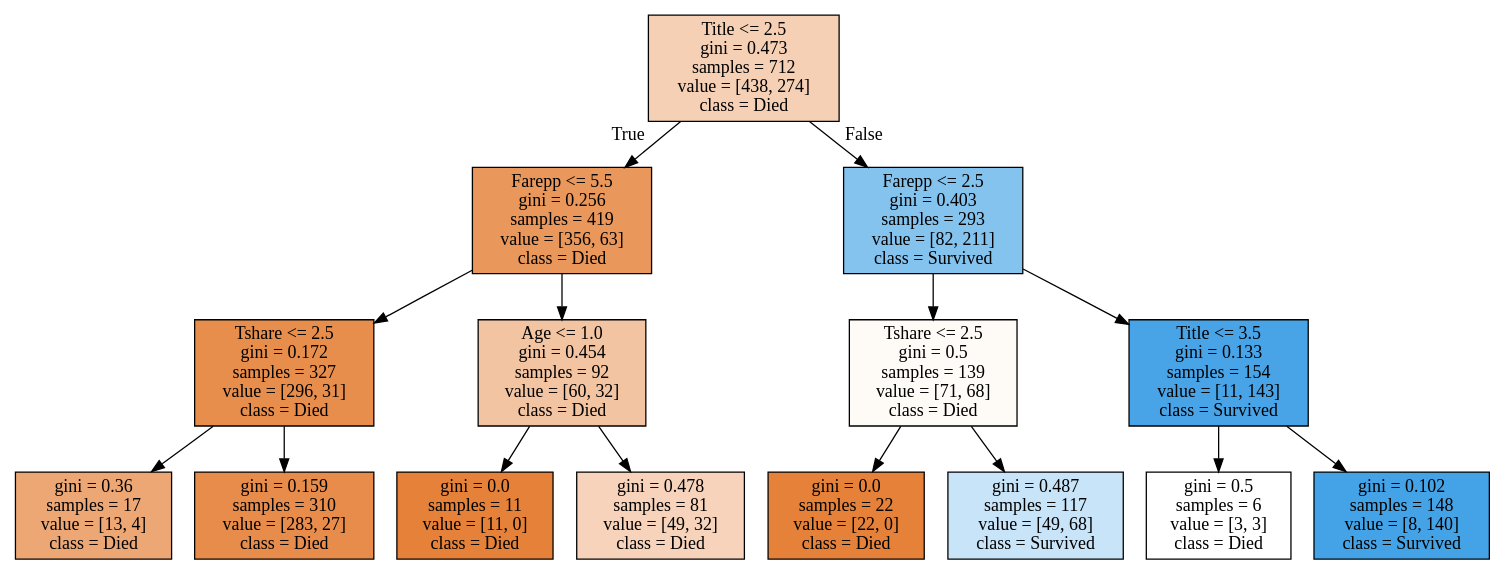
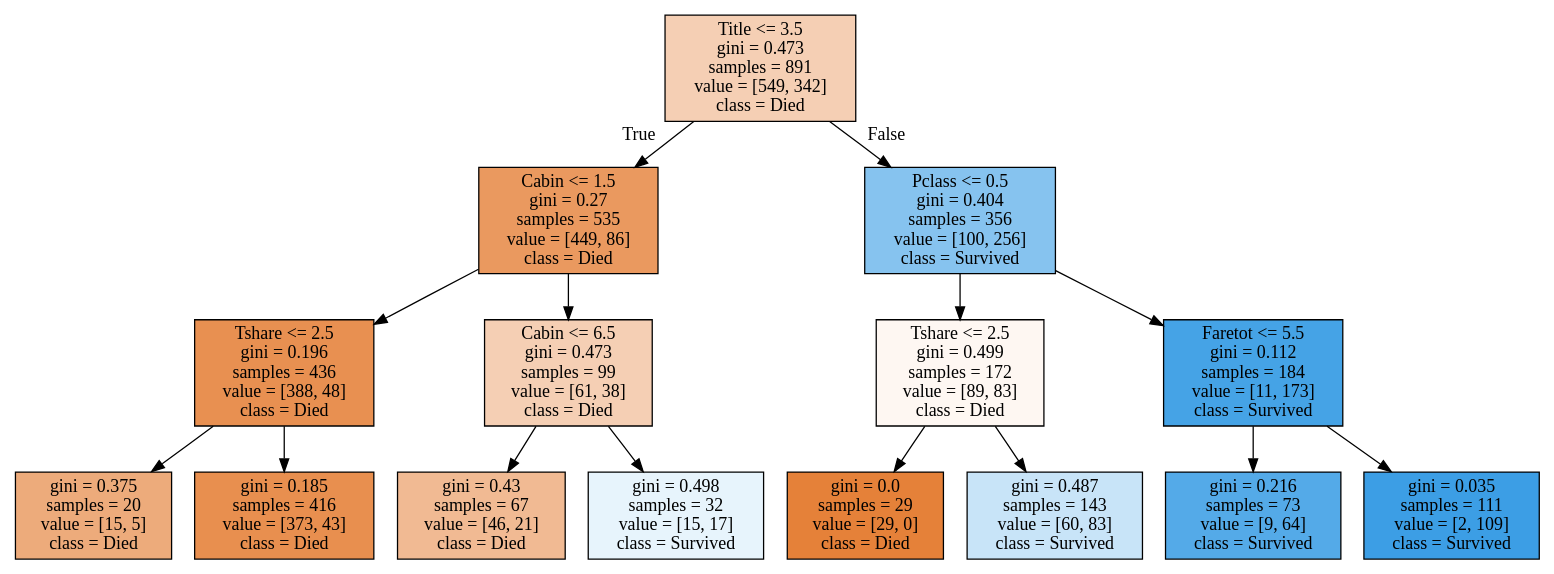
The diagram in tree.dot (jack89roberts/kaggle-titanic), drawn with Graphviz before and after one commit. The commit also changed 2 other files, not shown here.

```diff
--- a/tree.dot
+++ b/tree.dot
@@ -1,32 +1,32 @@
 digraph Tree {
 node [shape=box, style="filled", color="black"] ;
-0 [label="Title <= 2.5\ngini = 0.473\nsamples = 712\nvalue = [438, 274]\nclass = Died", fillcolor="#e581395f"] ;
-1 [label="Farepp <= 5.5\ngini = 0.256\nsamples = 419\nvalue = [356, 63]\nclass = Died", fillcolor="#e58139d2"] ;
+0 [label="Title <= 3.5\ngini = 0.473\nsamples = 891\nvalue = [549, 342]\nclass = Died", fillcolor="#e5813960"] ;
+1 [label="Cabin <= 1.5\ngini = 0.27\nsamples = 535\nvalue = [449, 86]\nclass = Died", fillcolor="#e58139ce"] ;
 0 -> 1 [labeldistance=2.5, labelangle=45, headlabel="True"] ;
-2 [label="Tshare <= 2.5\ngini = 0.172\nsamples = 327\nvalue = [296, 31]\nclass = Died", fillcolor="#e58139e4"] ;
+2 [label="Tshare <= 2.5\ngini = 0.196\nsamples = 436\nvalue = [388, 48]\nclass = Died", fillcolor="#e58139df"] ;
 1 -> 2 ;
-3 [label="gini = 0.36\nsamples = 17\nvalue = [13, 4]\nclass = Died", fillcolor="#e58139b1"] ;
+3 [label="gini = 0.375\nsamples = 20\nvalue = [15, 5]\nclass = Died", fillcolor="#e58139aa"] ;
 2 -> 3 ;
-4 [label="gini = 0.159\nsamples = 310\nvalue = [283, 27]\nclass = Died", fillcolor="#e58139e7"] ;
+4 [label="gini = 0.185\nsamples = 416\nvalue = [373, 43]\nclass = Died", fillcolor="#e58139e2"] ;
 2 -> 4 ;
-5 [label="Age <= 1.0\ngini = 0.454\nsamples = 92\nvalue = [60, 32]\nclass = Died", fillcolor="#e5813977"] ;
+5 [label="Cabin <= 6.5\ngini = 0.473\nsamples = 99\nvalue = [61, 38]\nclass = Died", fillcolor="#e5813960"] ;
 1 -> 5 ;
-6 [label="gini = 0.0\nsamples = 11\nvalue = [11, 0]\nclass = Died", fillcolor="#e58139ff"] ;
+6 [label="gini = 0.43\nsamples = 67\nvalue = [46, 21]\nclass = Died", fillcolor="#e581398b"] ;
 5 -> 6 ;
-7 [label="gini = 0.478\nsamples = 81\nvalue = [49, 32]\nclass = Died", fillcolor="#e5813958"] ;
+7 [label="gini = 0.498\nsamples = 32\nvalue = [15, 17]\nclass = Survived", fillcolor="#399de51e"] ;
 5 -> 7 ;
-8 [label="Farepp <= 2.5\ngini = 0.403\nsamples = 293\nvalue = [82, 211]\nclass = Survived", fillcolor="#399de59c"] ;
+8 [label="Pclass <= 0.5\ngini = 0.404\nsamples = 356\nvalue = [100, 256]\nclass = Survived", fillcolor="#399de59b"] ;
 0 -> 8 [labeldistance=2.5, labelangle=-45, headlabel="False"] ;
-9 [label="Tshare <= 2.5\ngini = 0.5\nsamples = 139\nvalue = [71, 68]\nclass = Died", fillcolor="#e581390b"] ;
+9 [label="Tshare <= 2.5\ngini = 0.499\nsamples = 172\nvalue = [89, 83]\nclass = Died", fillcolor="#e5813911"] ;
 8 -> 9 ;
-10 [label="gini = 0.0\nsamples = 22\nvalue = [22, 0]\nclass = Died", fillcolor="#e58139ff"] ;
+10 [label="gini = 0.0\nsamples = 29\nvalue = [29, 0]\nclass = Died", fillcolor="#e58139ff"] ;
 9 -> 10 ;
-11 [label="gini = 0.487\nsamples = 117\nvalue = [49, 68]\nclass = Survived", fillcolor="#399de547"] ;
+11 [label="gini = 0.487\nsamples = 143\nvalue = [60, 83]\nclass = Survived", fillcolor="#399de547"] ;
 9 -> 11 ;
-12 [label="Title <= 3.5\ngini = 0.133\nsamples = 154\nvalue = [11, 143]\nclass = Survived", fillcolor="#399de5eb"] ;
+12 [label="Faretot <= 5.5\ngini = 0.112\nsamples = 184\nvalue = [11, 173]\nclass = Survived", fillcolor="#399de5ef"] ;
 8 -> 12 ;
-13 [label="gini = 0.5\nsamples = 6\nvalue = [3, 3]\nclass = Died", fillcolor="#e5813900"] ;
+13 [label="gini = 0.216\nsamples = 73\nvalue = [9, 64]\nclass = Survived", fillcolor="#399de5db"] ;
 12 -> 13 ;
-14 [label="gini = 0.102\nsamples = 148\nvalue = [8, 140]\nclass = Survived", fillcolor="#399de5f0"] ;
+14 [label="gini = 0.035\nsamples = 111\nvalue = [2, 109]\nclass = Survived", fillcolor="#399de5fa"] ;
 12 -> 14 ;
 }
```
